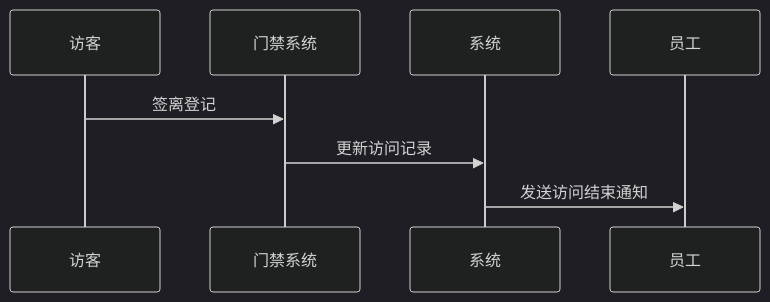
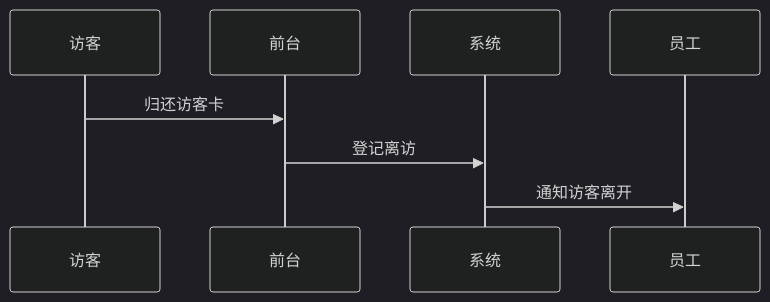
One commit to yuhaibao39/n8ndeploy changed the fourth of 4 diagrams in devel/outlinedesign.md. Above: the diagram before and after it, drawn with Mermaid (dark theme). The commit also changed other lines of this file, not shown here.

````diff
--- a/devel/outlinedesign.md
+++ b/devel/outlinedesign.md
@@ -78,6 +87,6 @@
 ```mermaid
 sequenceDiagram
-    访客->>门禁系统: 签离登记
-    门禁系统->>系统: 更新访问记录
-    系统->>员工: 发送访问结束通知
+    访客->>前台: 归还访客卡
+    前台->>系统: 登记离访
+    系统->>员工: 通知访客离开
 ```
````
